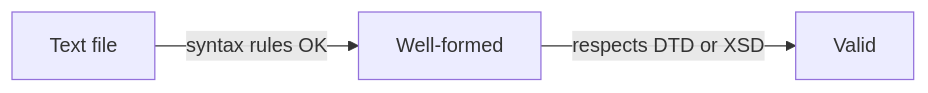
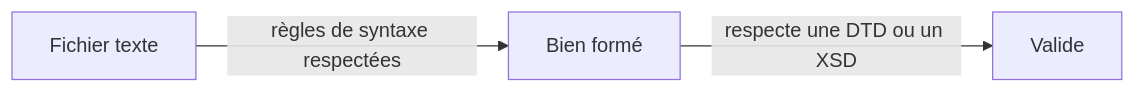
One commit to ghaithsoltani/my-courses changed the second of 14 diagrams in SOA/XML_Technologies_Study_Guide.md. Above: the diagram before and after it, drawn with Mermaid. The commit also changed other lines of this file and 9 other files, not shown here.

````diff
--- a/SOA/XML_Technologies_Study_Guide.md
+++ b/SOA/XML_Technologies_Study_Guide.md
@@ -60,5 +60,5 @@
 ```mermaid
 flowchart LR
-    A[Text file] -->|syntax rules OK| B[Well-formed]
-    B -->|respects DTD or XSD| C[Valid]
+    A[Fichier texte] -->|règles de syntaxe respectées| B[Bien formé]
+    B -->|respecte une DTD ou un XSD| C[Valide]
 ```
````
